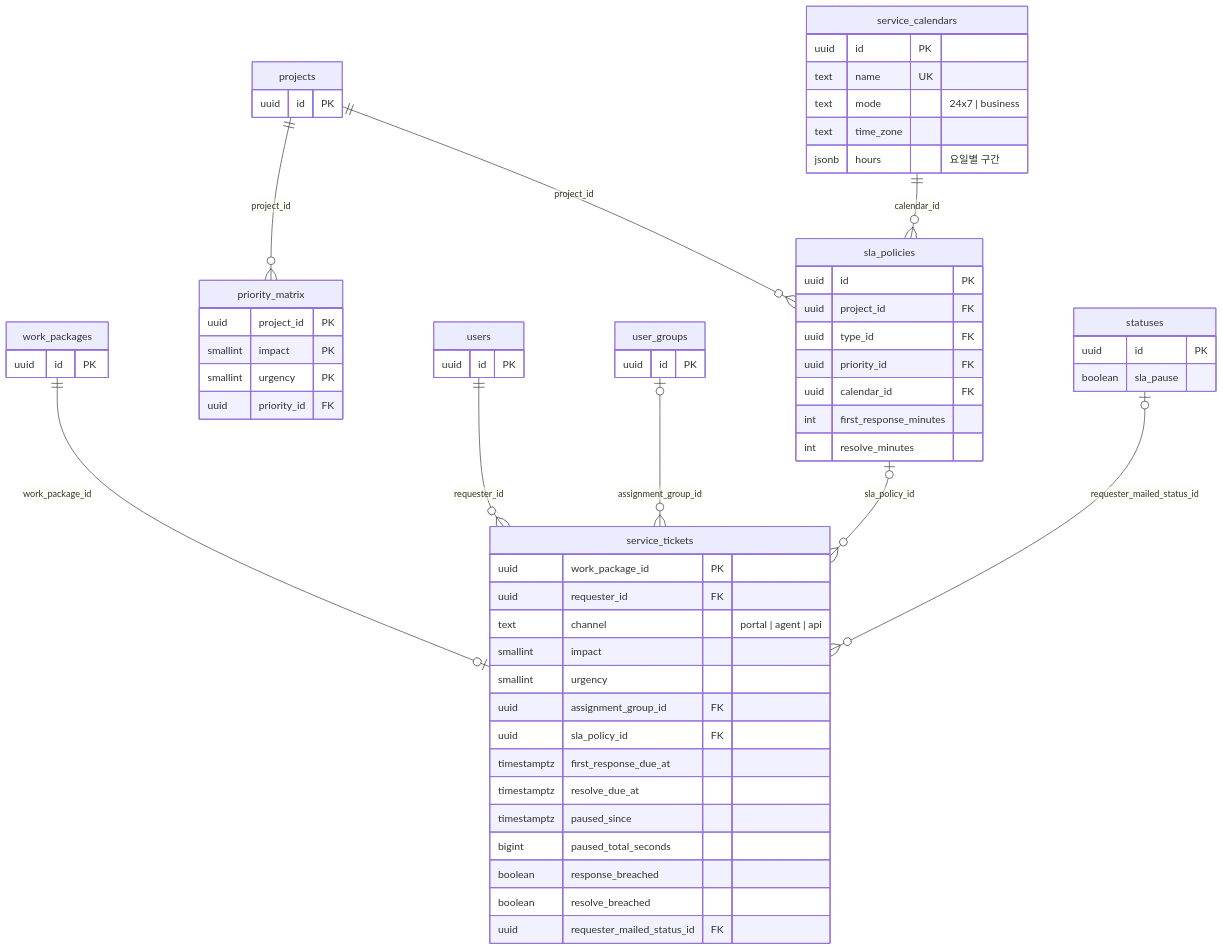
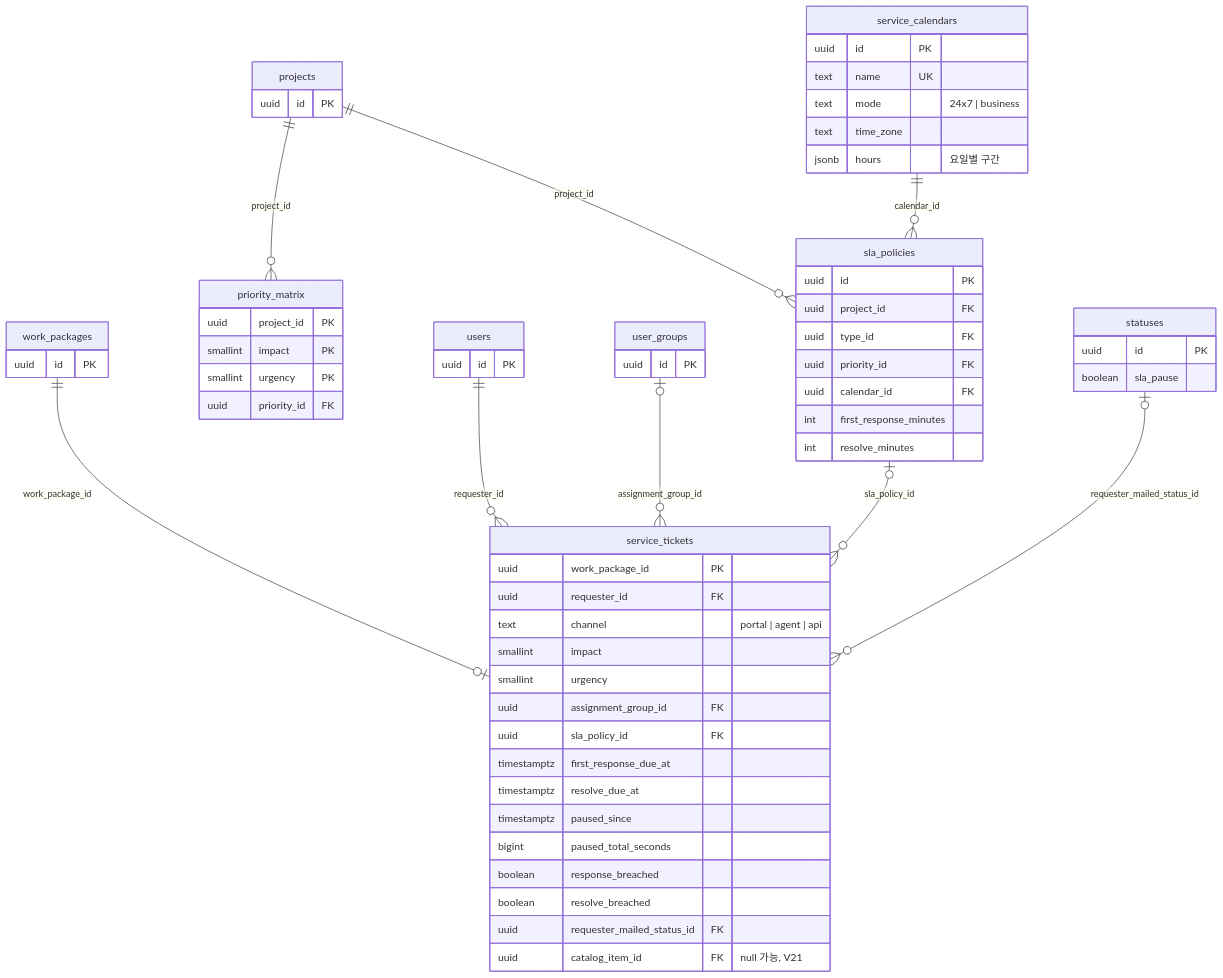
Before and after one commit to outlet13f/openPMS: diagram 11 of 12 in docs/deliverables/05-데이터베이스설계서.md, drawn with Mermaid. The commit also changed other lines of this file and 14 other files, not shown here.

````diff
--- a/docs/deliverables/05-데이터베이스설계서.md
+++ b/docs/deliverables/05-데이터베이스설계서.md
@@ -797,65 +807,66 @@
 ```mermaid
 erDiagram
     service_calendars {
         uuid id PK
         text name UK
         text mode "24x7 | business"
         text time_zone
         jsonb hours "요일별 구간"
     }
     sla_policies {
         uuid id PK
         uuid project_id FK
         uuid type_id FK
         uuid priority_id FK
         uuid calendar_id FK
         int first_response_minutes
         int resolve_minutes
     }
     priority_matrix {
         uuid project_id PK
         smallint impact PK
         smallint urgency PK
         uuid priority_id FK
     }
     service_tickets {
         uuid work_package_id PK
         uuid requester_id FK
         text channel "portal | agent | api"
         smallint impact
         smallint urgency
         uuid assignment_group_id FK
         uuid sla_policy_id FK
         timestamptz first_response_due_at
         timestamptz resolve_due_at
         timestamptz paused_since
         bigint paused_total_seconds
         boolean response_breached
         boolean resolve_breached
         uuid requester_mailed_status_id FK
+        uuid catalog_item_id FK "null 가능, V21"
     }
     projects {
         uuid id PK
     }
     work_packages {
         uuid id PK
     }
     users {
         uuid id PK
     }
     user_groups {
         uuid id PK
     }
     statuses {
         uuid id PK
         boolean sla_pause
     }
     projects ||--o{ sla_policies : "project_id"
     projects ||--o{ priority_matrix : "project_id"
     service_calendars ||--o{ sla_policies : "calendar_id"
     work_packages ||--o| service_tickets : "work_package_id"
     users ||--o{ service_tickets : "requester_id"
     user_groups |o--o{ service_tickets : "assignment_group_id"
     sla_policies |o--o{ service_tickets : "sla_policy_id"
     statuses |o--o{ service_tickets : "requester_mailed_status_id"
 ```
````
